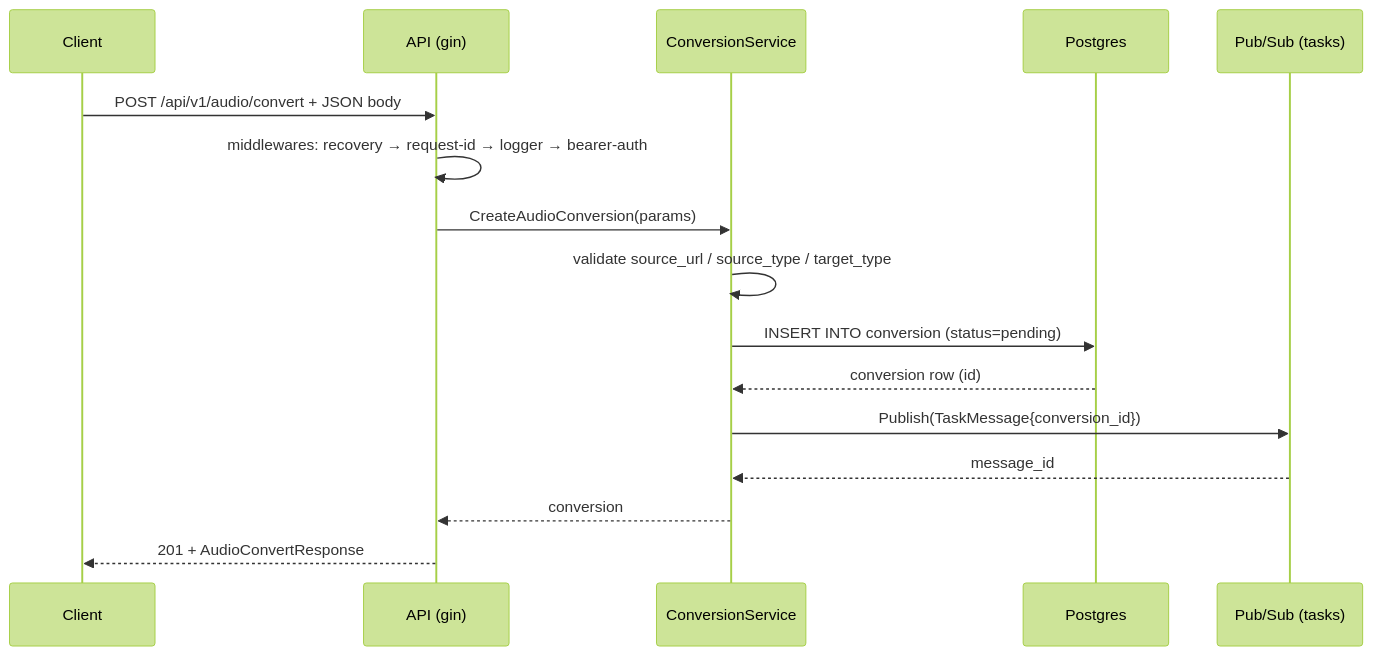
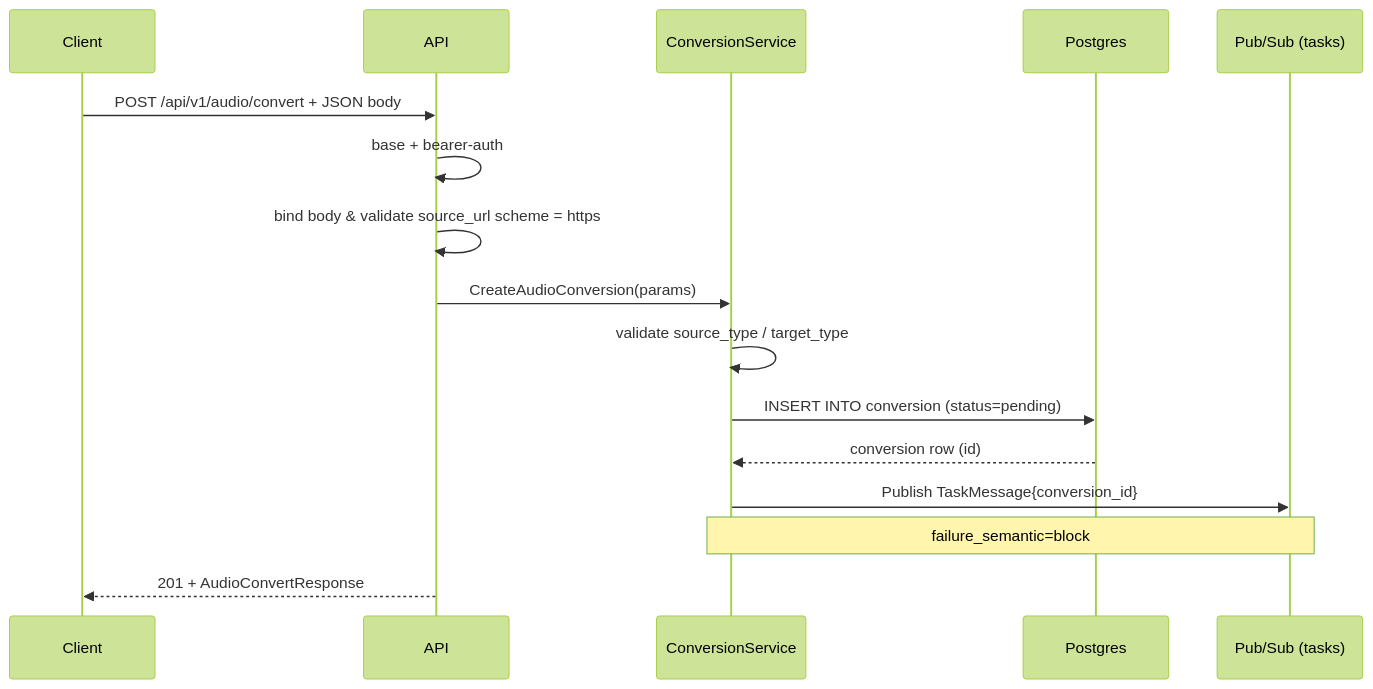
One commit to ang09356684/Cartograph changed the diagram in docs/manifest-extraction-guide.md. Above: the diagram before and after it, drawn with Mermaid (forest theme). The commit also changed other lines of this file and 1 other file, not shown here.

First line of the commit message:
docs(manifest): require sequence_mermaid + add drawing rules + genericize examples

````diff
--- a/docs/manifest-extraction-guide.md
+++ b/docs/manifest-extraction-guide.md
@@ -427,19 +456,19 @@
 ```mermaid
 sequenceDiagram
   participant C as Client
-  participant A as API (gin)
+  participant A as API
   participant Svc as ConversionService
   participant DB as Postgres
   participant PS as Pub/Sub (tasks)
 
   C->>A: POST /api/v1/audio/convert + JSON body
-  A->>A: middlewares: recovery → request-id → logger → bearer-auth
+  A->>A: base + bearer-auth
+  A->>A: bind body & validate source_url scheme = https
   A->>Svc: CreateAudioConversion(params)
-  Svc->>Svc: validate source_url / source_type / target_type
+  Svc->>Svc: validate source_type / target_type
   Svc->>DB: INSERT INTO conversion (status=pending)
   DB-->>Svc: conversion row (id)
-  Svc->>PS: Publish(TaskMessage{conversion_id})
-  PS-->>Svc: message_id
-  Svc-->>A: conversion
+  Svc->>PS: Publish TaskMessage{conversion_id}
+  Note over Svc,PS: failure_semantic=block
   A-->>C: 201 + AudioConvertResponse
 ```
````
